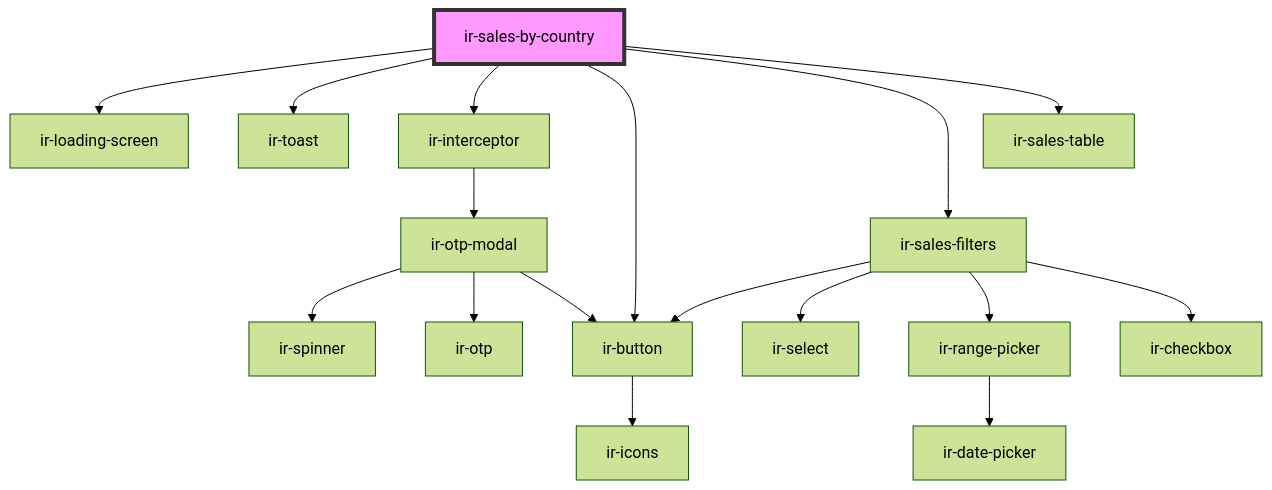
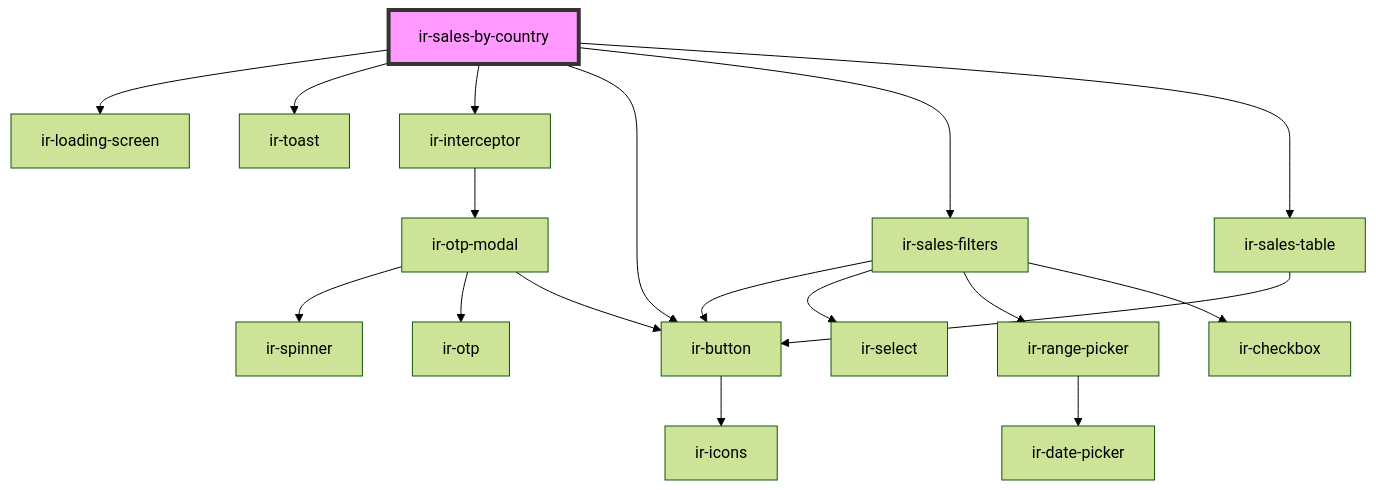
The diagram in src/components/ir-sales-by-country/readme.md (RonyRizk/ir-webcmp), drawn with Mermaid (forest theme) before and after one commit. The commit also changed 19 other files, not shown here.

````diff
--- a/src/components/ir-sales-by-country/readme.md
+++ b/src/components/ir-sales-by-country/readme.md
@@ -30,20 +30,21 @@
 ```mermaid
 graph TD;
   ir-sales-by-country --> ir-loading-screen
   ir-sales-by-country --> ir-toast
   ir-sales-by-country --> ir-interceptor
   ir-sales-by-country --> ir-button
   ir-sales-by-country --> ir-sales-filters
   ir-sales-by-country --> ir-sales-table
   ir-interceptor --> ir-otp-modal
   ir-otp-modal --> ir-spinner
   ir-otp-modal --> ir-otp
   ir-otp-modal --> ir-button
   ir-button --> ir-icons
   ir-sales-filters --> ir-button
   ir-sales-filters --> ir-select
   ir-sales-filters --> ir-range-picker
   ir-sales-filters --> ir-checkbox
   ir-range-picker --> ir-date-picker
+  ir-sales-table --> ir-button
   style ir-sales-by-country fill:#f9f,stroke:#333,stroke-width:4px
 ```
````
